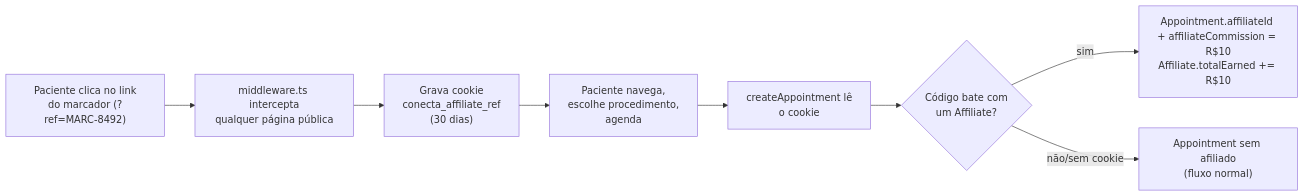
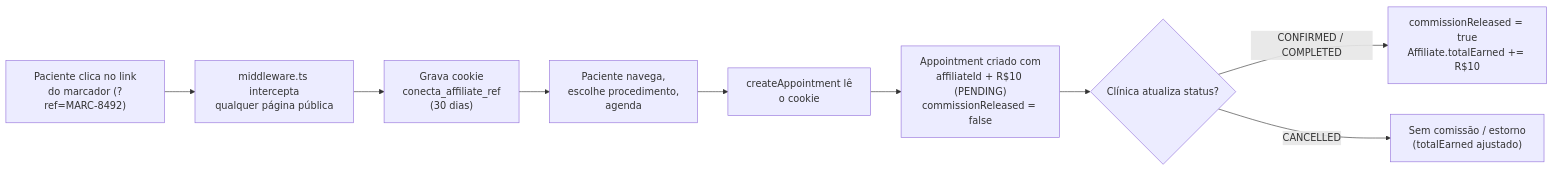
One commit to marquesemoreno/marcacao changed the second of 2 diagrams in docs/obsidian/13 - Programa de Marcadores e Afiliados.md. Above: the diagram before and after it, drawn with Mermaid. The commit also changed other lines of this file and 8 other files, not shown here.

````diff
--- a/docs/obsidian/13 - Programa de Marcadores e Afiliados.md
+++ b/docs/obsidian/13 - Programa de Marcadores e Afiliados.md
@@ -42,10 +65,11 @@
 ```mermaid
 flowchart LR
     A["Paciente clica no link<br/>do marcador (?ref=MARC-8492)"] --> B["middleware.ts intercepta<br/>qualquer página pública"]
     B --> C["Grava cookie<br/>conecta_affiliate_ref<br/>(30 dias)"]
     C --> D["Paciente navega,<br/>escolhe procedimento,<br/>agenda"]
     D --> E["createAppointment lê<br/>o cookie"]
-    E --> F{"Código bate com<br/>um Affiliate?"}
-    F -->|sim| G["Appointment.affiliateId + affiliateCommission = R$10<br/>Affiliate.totalEarned += R$10"]
-    F -->|não/sem cookie| H["Appointment sem afiliado<br/>(fluxo normal)"]
+    E --> F["Appointment criado com<br/>affiliateId + R$10 (PENDING)<br/>commissionReleased = false"]
+    F --> G{"Clínica atualiza status?"}
+    G -->|CONFIRMED / COMPLETED| H["commissionReleased = true<br/>Affiliate.totalEarned += R$10"]
+    G -->|CANCELLED| I["Sem comissão / estorno<br/>(totalEarned ajustado)"]
 ```
````
